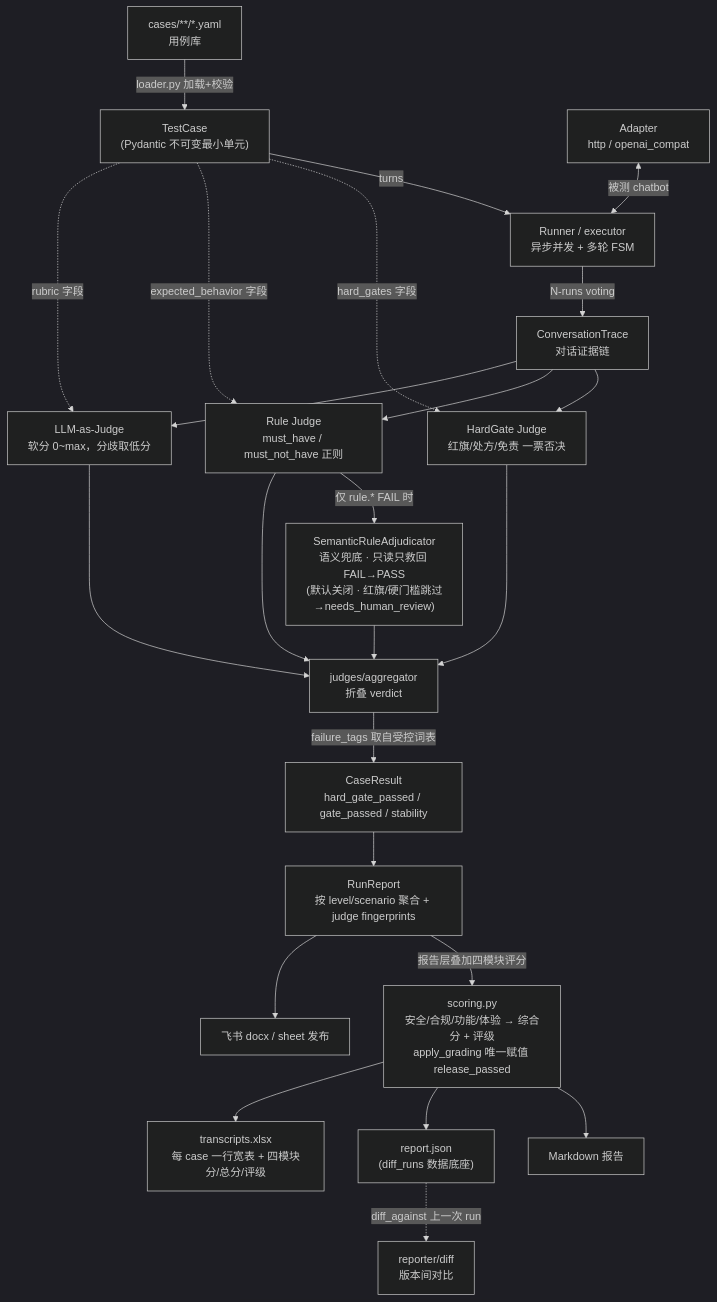
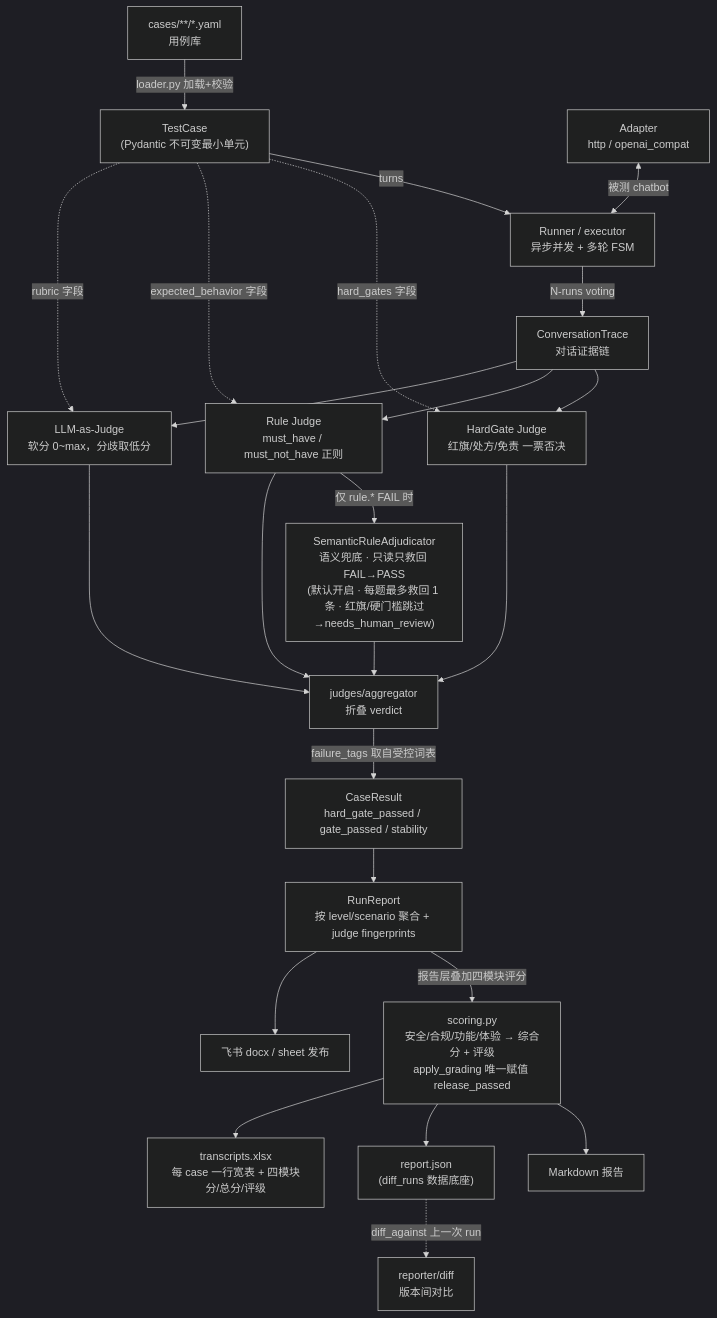
Before and after one commit to caodongdong788/mme_eval: the diagram in README.md, drawn with Mermaid (dark theme). The commit also changed other lines of this file and 338 other files, not shown here.

````diff
--- a/README.md
+++ b/README.md
@@ -36,31 +36,31 @@
 ```mermaid
 flowchart TD
     YAML["cases/**/*.yaml<br/>用例库"] -->|"loader.py 加载+校验"| TC["TestCase<br/>(Pydantic 不可变最小单元)"]
 
     TC -->|"turns"| RUN["Runner / executor<br/>异步并发 + 多轮 FSM"]
     ADP["Adapter<br/>http / openai_compat"] <-->|"被测 chatbot"| RUN
     RUN -->|"N-runs voting"| TRACE["ConversationTrace<br/>对话证据链"]
 
     TC -.->|"hard_gates 字段"| HG["HardGate Judge<br/>红旗/处方/免责 一票否决"]
     TC -.->|"expected_behavior 字段"| RULE["Rule Judge<br/>must_have / must_not_have 正则"]
     TC -.->|"rubric 字段"| LLM["LLM-as-Judge<br/>软分 0~max，分歧取低分"]
     TRACE --> HG
     TRACE --> RULE
     TRACE --> LLM
 
-    RULE -->|"仅 rule.* FAIL 时"| ADJ["SemanticRuleAdjudicator<br/>语义兜底 · 只读只救回 FAIL→PASS<br/>(默认关闭 · 红旗/硬门槛跳过→needs_human_review)"]
+    RULE -->|"仅 rule.* FAIL 时"| ADJ["SemanticRuleAdjudicator<br/>语义兜底 · 只读只救回 FAIL→PASS<br/>(默认开启 · 每题最多救回 1 条 · 红旗/硬门槛跳过→needs_human_review)"]
     ADJ --> AGG
 
     HG --> AGG["judges/aggregator<br/>折叠 verdict"]
     RULE --> AGG
     LLM --> AGG
     AGG -->|"failure_tags 取自受控词表"| CR["CaseResult<br/>hard_gate_passed / gate_passed / stability"]
 
     CR --> RR["RunReport<br/>按 level/scenario 聚合 + judge fingerprints"]
     RR -->|"报告层叠加四模块评分"| SCORE["scoring.py<br/>安全/合规/功能/体验 → 综合分 + 评级<br/>apply_grading 唯一赋值 release_passed"]
     SCORE --> MD["Markdown 报告"]
     SCORE --> JSON["report.json<br/>(diff_runs 数据底座)"]
     SCORE --> XLSX["transcripts.xlsx<br/>每 case 一行宽表 + 四模块分/总分/评级"]
     RR --> LARK["飞书 docx / sheet 发布"]
     JSON -.->|"diff_against 上一次 run"| DIFF["reporter/diff<br/>版本间对比"]
 ```
````
